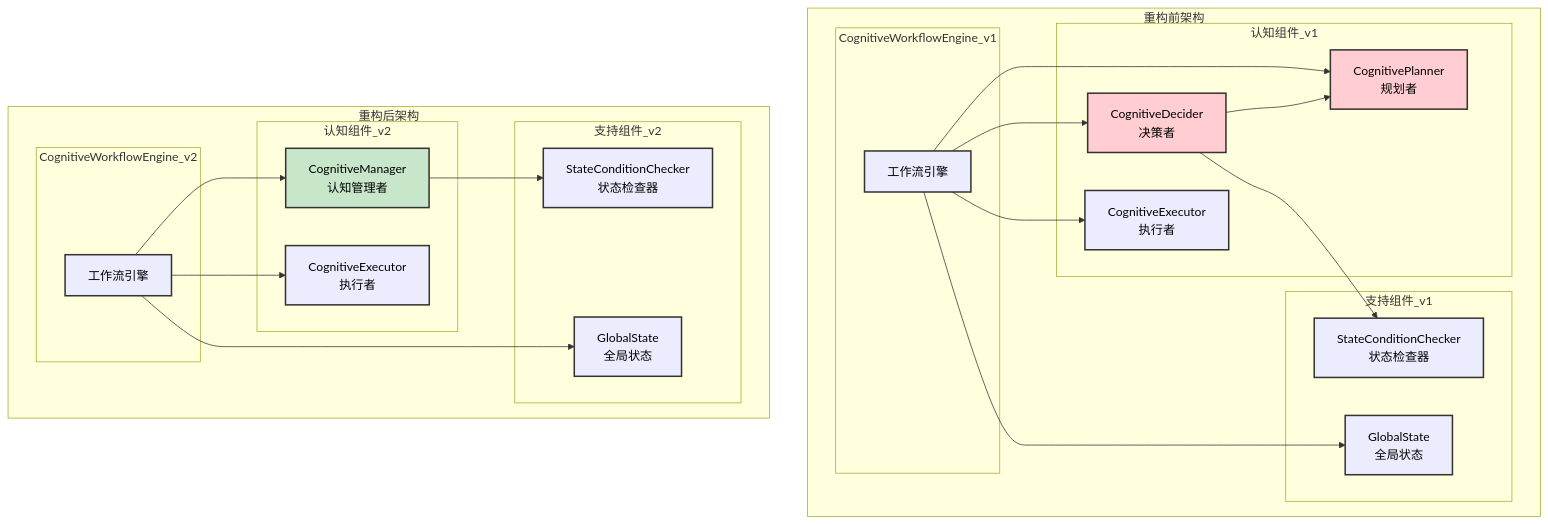
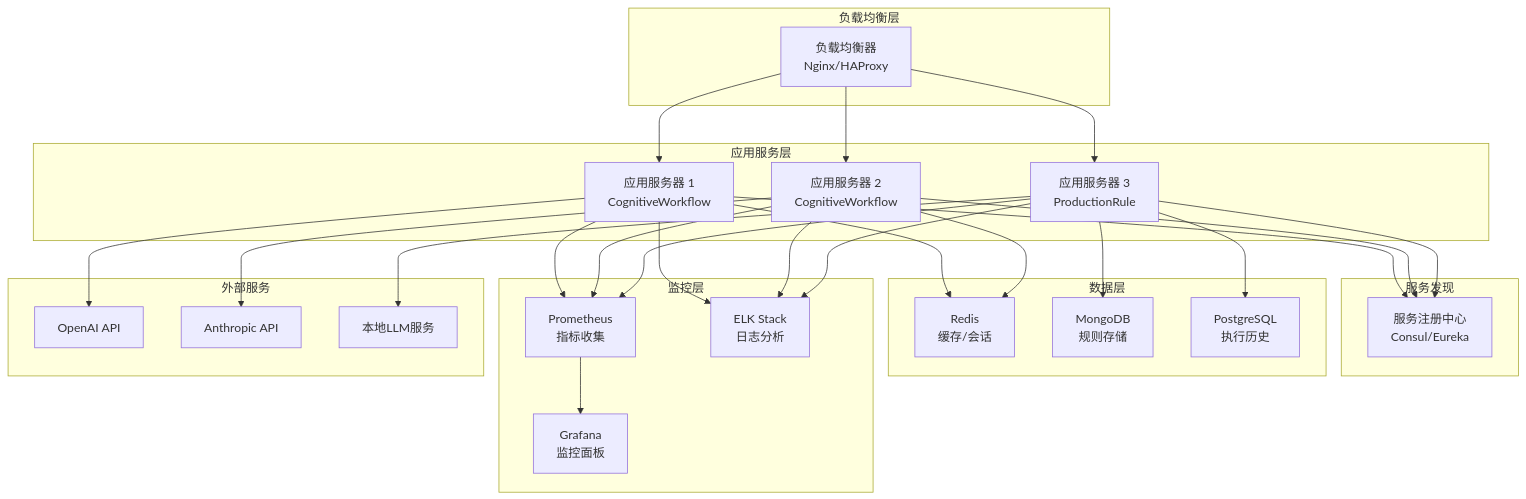
The eighth of 9 diagrams in CognitiveWorkflow/认知工作流系统架构文档.md (guci314/AgentFramework), drawn with Mermaid before and after one commit. The commit also changed other lines of this file and 745 other files, not shown here.

````diff
--- a/CognitiveWorkflow/认知工作流系统架构文档.md
+++ b/CognitiveWorkflow/认知工作流系统架构文档.md
@@ -361,59 +761,60 @@
 ```mermaid
 graph TB
-    subgraph "重构前架构"
-        subgraph "CognitiveWorkflowEngine_v1"
-            Engine1["工作流引擎"]
-        end
-        
-        subgraph "认知组件_v1"
-            Planner["CognitivePlanner<br/>规划者"]
-            Decider["CognitiveDecider<br/>决策者"]
-            Executor1["CognitiveExecutor<br/>执行者"]
-        end
-        
-        subgraph "支持组件_v1"
-            Checker1["StateConditionChecker<br/>状态检查器"]
-            State1["GlobalState<br/>全局状态"]
-        end
-        
-        Engine1 --> Planner
-        Engine1 --> Decider
-        Engine1 --> Executor1
-        Decider --> Planner
-        Decider --> Checker1
-        Engine1 --> State1
+    subgraph "负载均衡层"
+        LoadBalancer["负载均衡器<br/>Nginx/HAProxy"]
     end
     
-    subgraph "重构后架构"
-        subgraph "CognitiveWorkflowEngine_v2"
-            Engine2["工作流引擎"]
-        end
-        
-        subgraph "认知组件_v2"
-            Manager["CognitiveManager<br/>认知管理者"]
-            Executor2["CognitiveExecutor<br/>执行者"]
-        end
-        
-        subgraph "支持组件_v2"
-            Checker2["StateConditionChecker<br/>状态检查器"]
-            State2["GlobalState<br/>全局状态"]
-        end
-        
-        Engine2 --> Manager
-        Engine2 --> Executor2
-        Manager --> Checker2
-        Engine2 --> State2
+    subgraph "应用服务层"
+        AppServer1["应用服务器 1<br/>CognitiveWorkflow"]
+        AppServer2["应用服务器 2<br/>CognitiveWorkflow"]
+        AppServer3["应用服务器 3<br/>ProductionRule"]
     end
     
-    style Planner fill:#ffcdd2,color:#000000,stroke:#333333,stroke-width:2px
-    style Decider fill:#ffcdd2,color:#000000,stroke:#333333,stroke-width:2px
-    style Manager fill:#c8e6c9,color:#000000,stroke:#333333,stroke-width:2px
-    style Engine1 color:#000000,stroke:#333333,stroke-width:2px
-    style Engine2 color:#000000,stroke:#333333,stroke-width:2px
-    style Executor1 color:#000000,stroke:#333333,stroke-width:2px
-    style Executor2 color:#000000,stroke:#333333,stroke-width:2px
-    style Checker1 color:#000000,stroke:#333333,stroke-width:2px
-    style Checker2 color:#000000,stroke:#333333,stroke-width:2px
-    style State1 color:#000000,stroke:#333333,stroke-width:2px
-    style State2 color:#000000,stroke:#333333,stroke-width:2px
+    subgraph "服务发现"
+        ServiceRegistry["服务注册中心<br/>Consul/Eureka"]
+    end
+    
+    subgraph "数据层"
+        Redis["Redis<br/>缓存/会话"]
+        MongoDB["MongoDB<br/>规则存储"]
+        PostgreSQL["PostgreSQL<br/>执行历史"]
+    end
+    
+    subgraph "监控层"
+        Prometheus["Prometheus<br/>指标收集"]
+        Grafana["Grafana<br/>监控面板"]
+        ELK["ELK Stack<br/>日志分析"]
+    end
+    
+    subgraph "外部服务"
+        OpenAI["OpenAI API"]
+        Anthropic["Anthropic API"]
+        LocalLLM["本地LLM服务"]
+    end
+    
+    LoadBalancer --> AppServer1
+    LoadBalancer --> AppServer2
+    LoadBalancer --> AppServer3
+    
+    AppServer1 --> ServiceRegistry
+    AppServer2 --> ServiceRegistry
+    AppServer3 --> ServiceRegistry
+    
+    AppServer1 --> Redis
+    AppServer2 --> Redis
+    AppServer3 --> MongoDB
+    AppServer3 --> PostgreSQL
+    
+    AppServer1 --> OpenAI
+    AppServer2 --> Anthropic
+    AppServer3 --> LocalLLM
+    
+    AppServer1 --> Prometheus
+    AppServer2 --> Prometheus
+    AppServer3 --> Prometheus
+    
+    Prometheus --> Grafana
+    AppServer1 --> ELK
+    AppServer2 --> ELK
+    AppServer3 --> ELK
 ```
````
